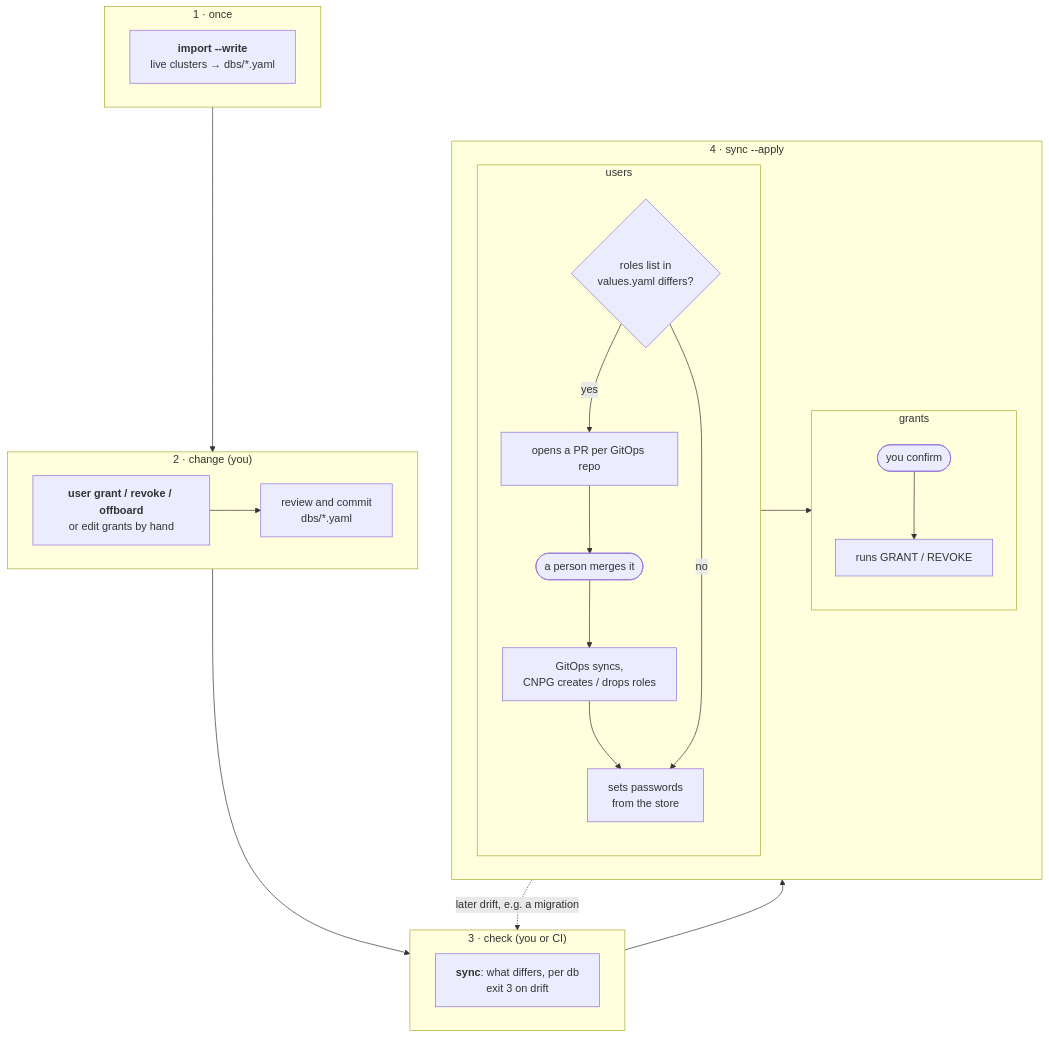
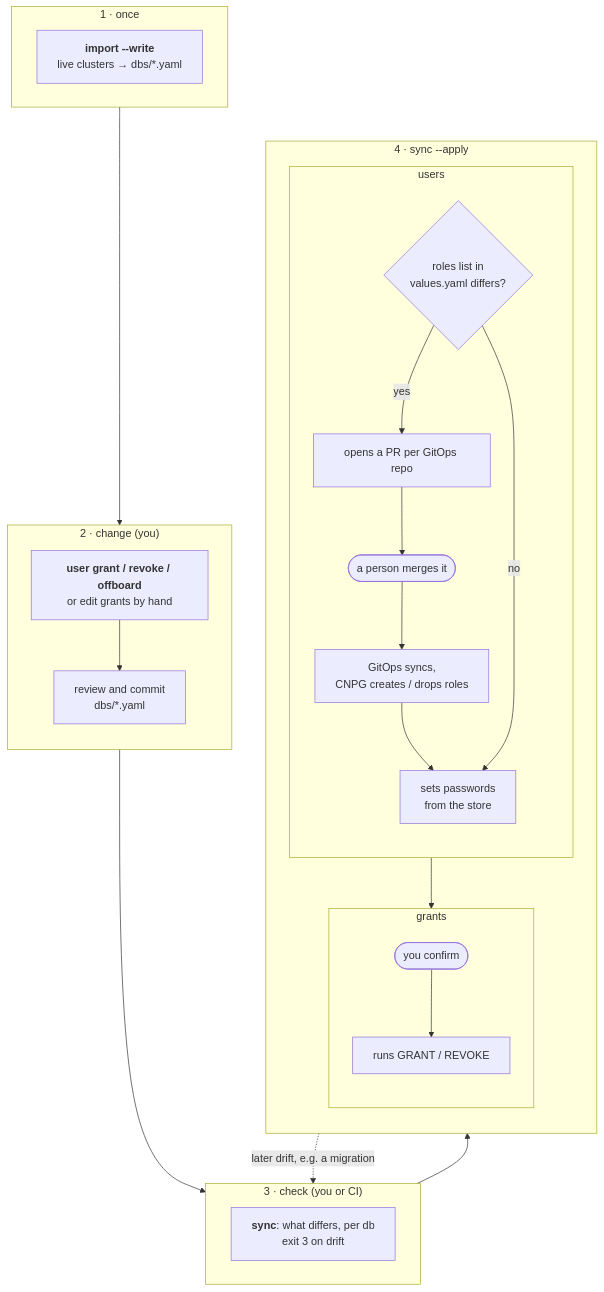
One commit to caseycs/cnpg-users-grants changed the diagram in README.md. Above: the diagram before and after it, drawn with Mermaid.

Commit message:
docs: workflow diagram fully top to bottom

````diff
--- a/README.md
+++ b/README.md
@@ -12,32 +12,32 @@
 ```mermaid
 flowchart TD
   subgraph once["1 · once"]
     import["<b>import --write</b><br/>live clusters → dbs/*.yaml"]
   end
   subgraph change["2 · change (you)"]
-    direction LR
+    direction TB
     edit["<b>user grant / revoke / offboard</b><br/>or edit grants by hand"] --> commit["review and commit<br/>dbs/*.yaml"]
   end
   subgraph check["3 · check (you or CI)"]
     sync["<b>sync</b>: what differs, per db<br/>exit 3 on drift"]
   end
   subgraph apply["4 · sync --apply"]
-    direction LR
+    direction TB
     subgraph users["users"]
       direction TB
       differs{"roles list in<br/>values.yaml differs?"}
       differs -- yes --> pr["opens a PR per GitOps repo"]
       pr --> merge(["a person merges it"])
       merge --> rollout["GitOps syncs,<br/>CNPG creates / drops roles"]
       rollout --> pw["sets passwords<br/>from the store"]
       differs -- no --> pw
     end
     subgraph grants["grants"]
       direction TB
       confirm(["you confirm"]) --> sql["runs GRANT / REVOKE"]
     end
     users --> grants
   end
   once --> change --> check --> apply
   apply -. "later drift, e.g. a migration" .-> check
 ```
````
